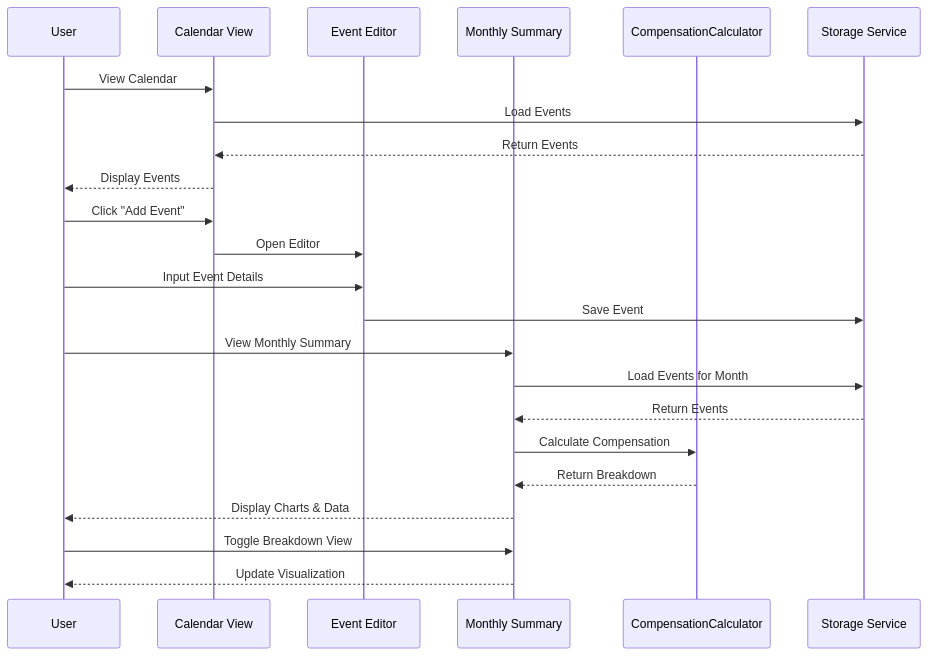
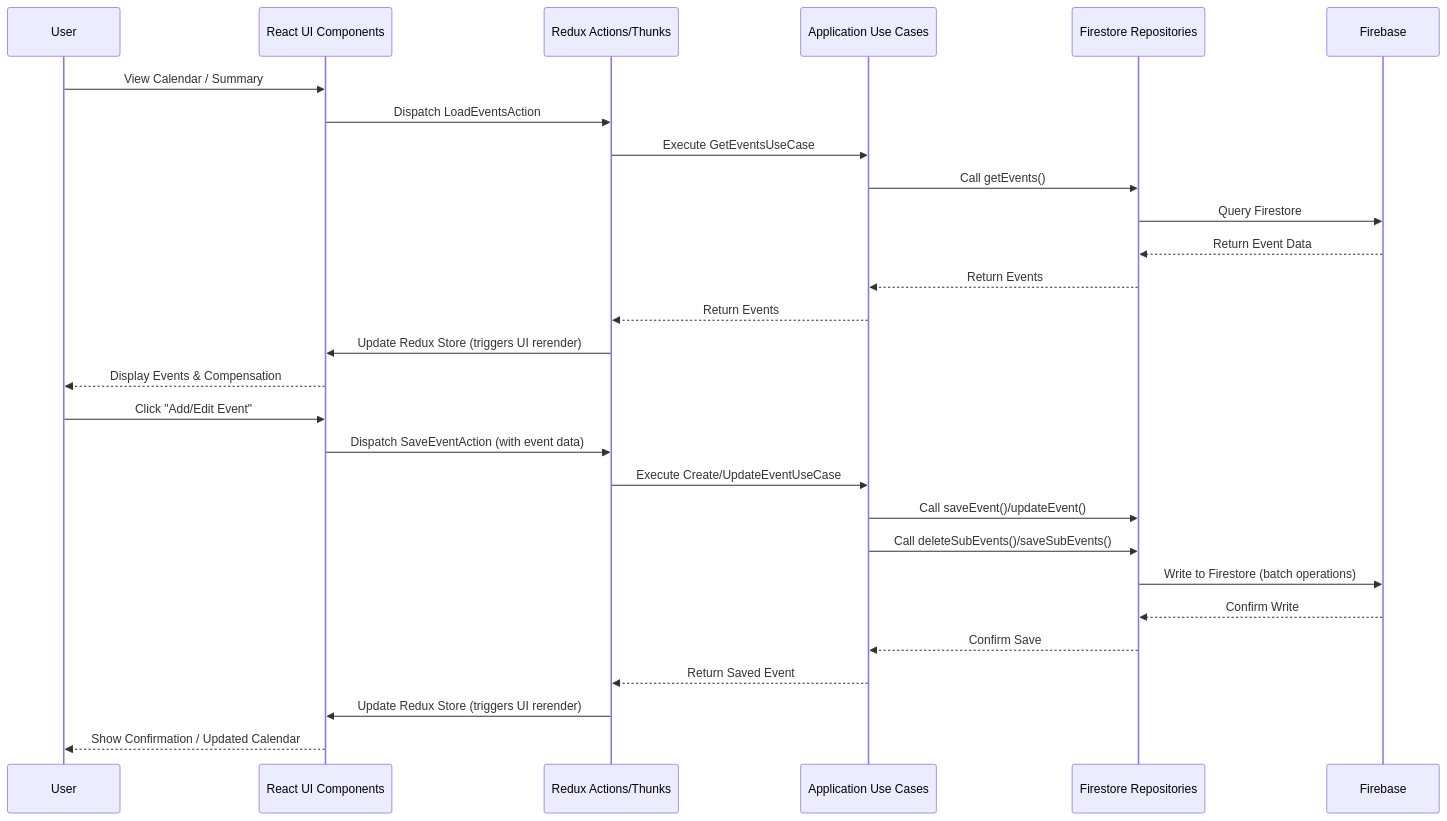
Before and after one commit to RoyCrivolotti/calendar-calculator: the fourth of 5 diagrams in README.md, drawn with Mermaid. The commit also changed other lines of this file and 26 other files, not shown here.

````diff
--- a/README.md
+++ b/README.md
@@ -155,29 +166,32 @@
 ```mermaid
 sequenceDiagram
     participant User
-    participant Calendar as Calendar View
-    participant Editor as Event Editor
-    participant Summary as Monthly Summary
-    participant Calculator as CompensationCalculator
-    participant Storage as Storage Service
+    participant ReactUI as React UI Components
+    participant ReduxActions as Redux Actions/Thunks
+    participant UseCases as Application Use Cases
+    participant Repositories as Firestore Repositories
+    participant Firebase
     
-    User->>Calendar: View Calendar
-    Calendar->>Storage: Load Events
-    Storage-->>Calendar: Return Events
-    Calendar-->>User: Display Events
+    User->>ReactUI: View Calendar / Summary
+    ReactUI->>ReduxActions: Dispatch LoadEventsAction
+    ReduxActions->>UseCases: Execute GetEventsUseCase
+    UseCases->>Repositories: Call getEvents()
+    Repositories->>Firebase: Query Firestore
+    Firebase-->>Repositories: Return Event Data
+    Repositories-->>UseCases: Return Events
+    UseCases-->>ReduxActions: Return Events
+    ReduxActions->>ReactUI: Update Redux Store (triggers UI rerender)
+    ReactUI-->>User: Display Events & Compensation
     
-    User->>Calendar: Click "Add Event"
-    Calendar->>Editor: Open Editor
-    User->>Editor: Input Event Details
-    Editor->>Storage: Save Event
-    
-    User->>Summary: View Monthly Summary
-    Summary->>Storage: Load Events for Month
-    Storage-->>Summary: Return Events
-    Summary->>Calculator: Calculate Compensation
-    Calculator-->>Summary: Return Breakdown
-    Summary-->>User: Display Charts & Data
-    
-    User->>Summary: Toggle Breakdown View
-    Summary-->>User: Update Visualization
+    User->>ReactUI: Click "Add/Edit Event"
+    ReactUI->>ReduxActions: Dispatch SaveEventAction (with event data)
+    ReduxActions->>UseCases: Execute Create/UpdateEventUseCase
+    UseCases->>Repositories: Call saveEvent()/updateEvent()
+    UseCases->>Repositories: Call deleteSubEvents()/saveSubEvents()
+    Repositories->>Firebase: Write to Firestore (batch operations)
+    Firebase-->>Repositories: Confirm Write
+    Repositories-->>UseCases: Confirm Save
+    UseCases-->>ReduxActions: Return Saved Event
+    ReduxActions->>ReactUI: Update Redux Store (triggers UI rerender)
+    ReactUI-->>User: Show Confirmation / Updated Calendar
 ```
````
